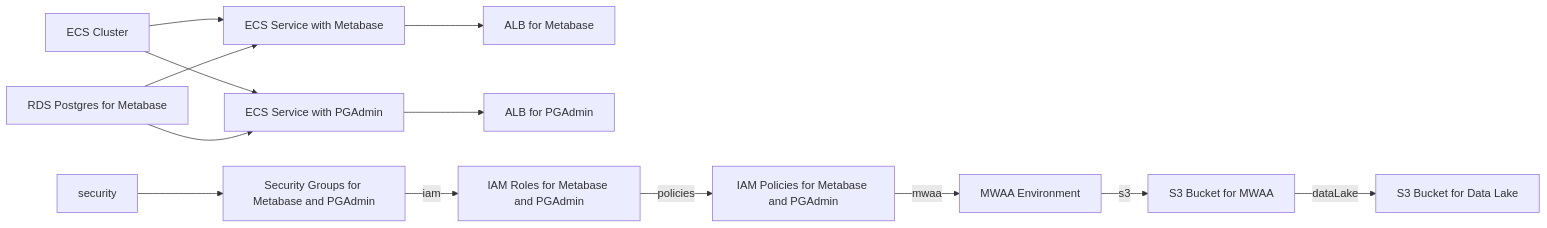
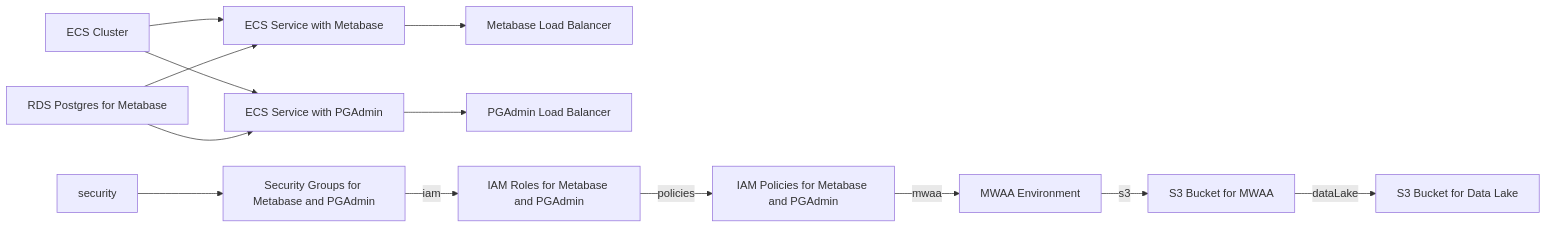
Before and after one commit to alfredosa/aws-infra-as-code: the diagram in README.md, drawn with Mermaid.

````diff
--- a/README.md
+++ b/README.md
@@ -5,15 +5,15 @@
 ```mermaid
 graph LR
     A[ECS Cluster] --> B[ECS Service with Metabase]
     A --> C[ECS Service with PGAdmin]
-    B --> E[ALB for Metabase]
-    C --> F[ALB for PGAdmin]
+    B --> E[Metabase Load Balancer]
+    C --> F[PGAdmin Load Balancer]
     D[RDS Postgres for Metabase] --> B
     D --> C
     AA[security] --> G[Security Groups for Metabase and PGAdmin]
     G -- iam --> H[IAM Roles for Metabase and PGAdmin]
     H -- policies --> I[IAM Policies for Metabase and PGAdmin]
     I -- mwaa --> J[MWAA Environment]
     J -- s3 --> K[S3 Bucket for MWAA]
     K -- dataLake --> L[S3 Bucket for Data Lake]
 ```
````
